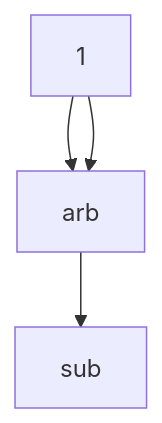
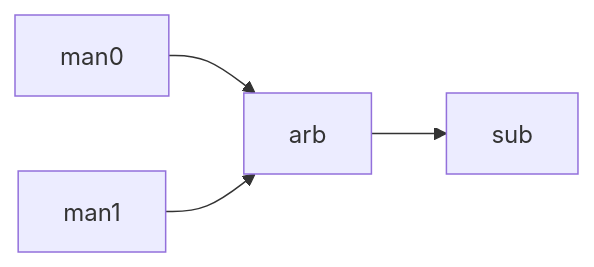
Before and after one commit to jeras/TCB: the first of 4 diagrams in doc/TCB.md, drawn with Mermaid. The commit also changed other lines of this file, not shown here.

````diff
--- a/doc/TCB.md
+++ b/doc/TCB.md
@@ -157,4 +157,4 @@
 ```mermaid
-flowchart TD
-    man[0] & man[1] --> arb --> sub
+flowchart LR
+    man0 & man1 --> arb --> sub
 ```
````
